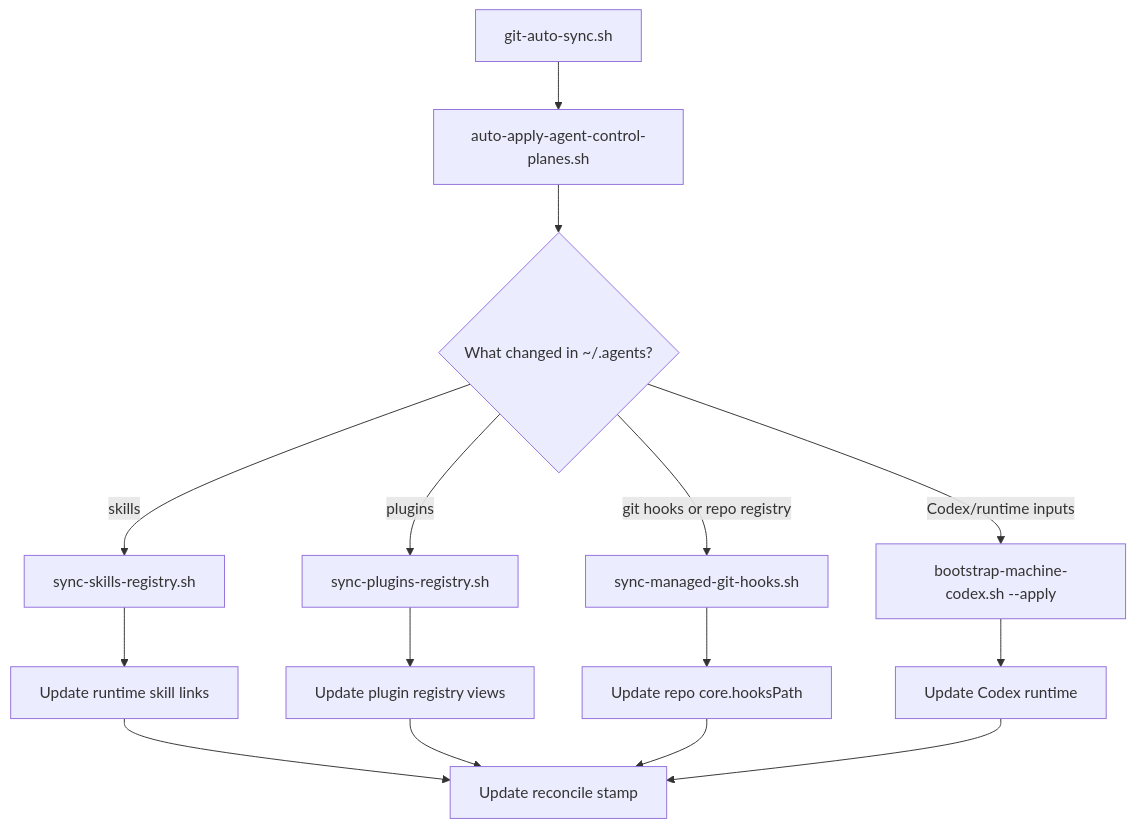
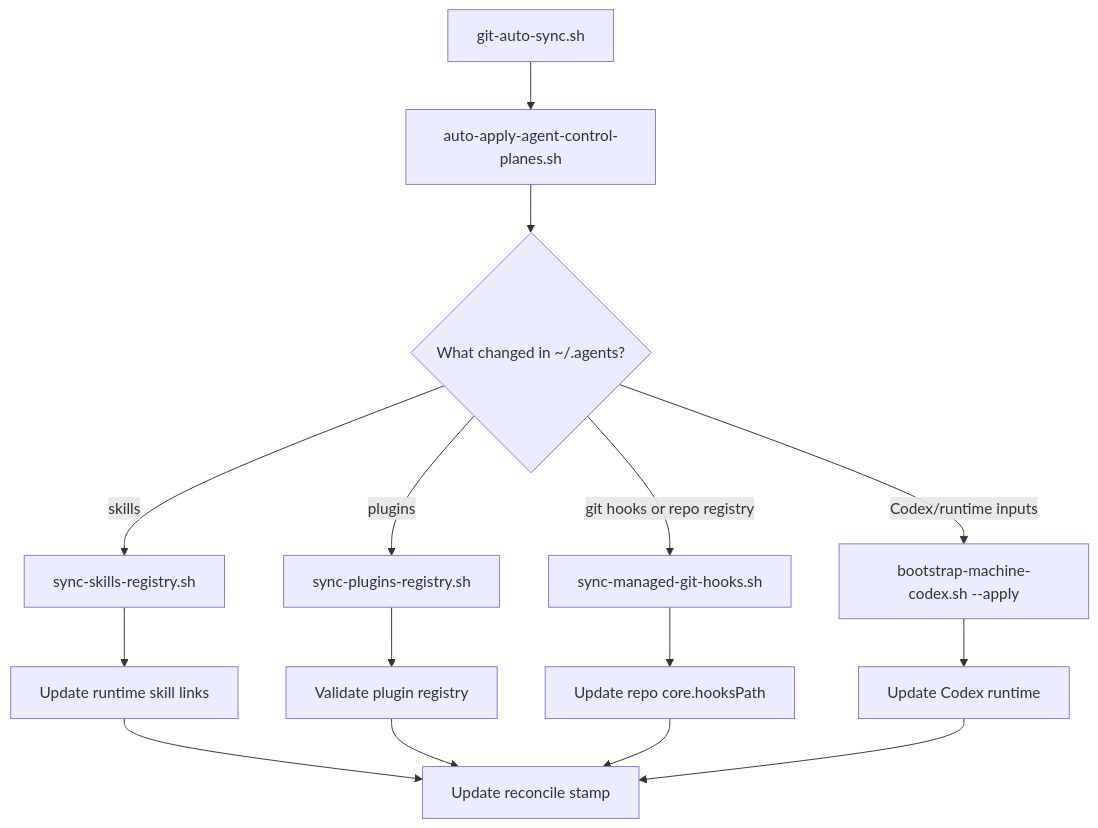
The second of 4 diagrams in docs/architecture/codex-control-plane-script-flows.md (wisdom-in-a-nutshell/.agents), drawn with Mermaid before and after one commit. The commit also changed other lines of this file and 134 other files, not shown here.

````diff
--- a/docs/architecture/codex-control-plane-script-flows.md
+++ b/docs/architecture/codex-control-plane-script-flows.md
@@ -42,17 +41,17 @@
 ```mermaid
 flowchart TD
     A["git-auto-sync.sh"] --> B["auto-apply-agent-control-planes.sh"]
     B --> C{"What changed in ~/.agents?"}
     C -->|"skills"| D["sync-skills-registry.sh"]
     C -->|"plugins"| E["sync-plugins-registry.sh"]
     C -->|"git hooks or repo registry"| F["sync-managed-git-hooks.sh"]
     C -->|"Codex/runtime inputs"| G["bootstrap-machine-codex.sh --apply"]
     D --> H["Update runtime skill links"]
-    E --> I["Update plugin registry views"]
+    E --> I["Validate plugin registry"]
     F --> J["Update repo core.hooksPath"]
     G --> K["Update Codex runtime"]
     H --> L["Update reconcile stamp"]
     I --> L
     J --> L
     K --> L
 ```
````
